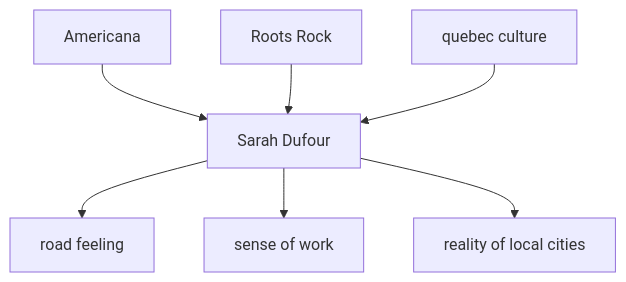
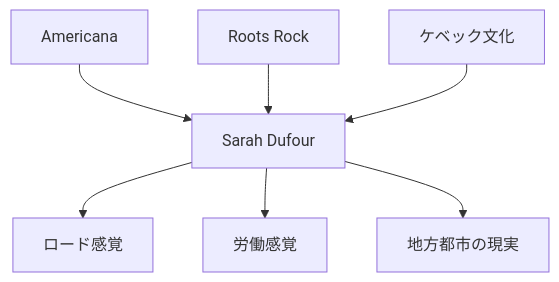
One commit to monumental-movement/monumental-movement.github.io changed the fourth of 9 diagrams in en/_posts/2026-05-09-column-sarah-dufour.md. Above: the diagram before and after it, drawn with Mermaid. The commit also changed other lines of this file and 2196 other files, not shown here.

```diff
--- a/en/_posts/2026-05-09-column-sarah-dufour.md
+++ b/en/_posts/2026-05-09-column-sarah-dufour.md
@@ -181,10 +181,10 @@
 <div class="mermaid">
 graph TD
 A[Americana] --> D[Sarah Dufour]
 B[Roots Rock] --> D
-C[quebec culture] --> D
+C[ケベック文化] --> D
 
-D --> E[road feeling]
-D --> F[sense of work]
-D --> G[reality of local cities]
+D --> E[ロード感覚]
+D --> F[労働感覚]
+D --> G[地方都市の現実]
 </div>
```
